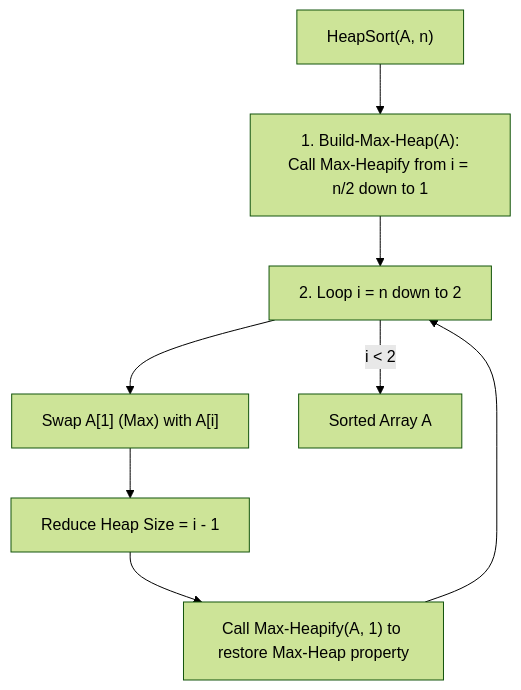
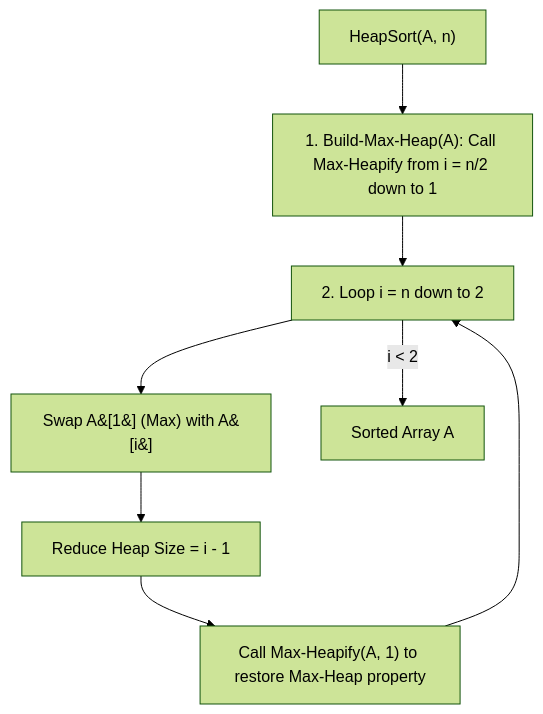
The tenth of 10 diagrams in notes/design_and_analysis_of_algorithms/Unit_02_Analysis_of_Algorithms.md (DeepLumiere/DeepSkills), drawn with Mermaid (forest theme) before and after one commit. The commit also changed other lines of this file and 56 other files, not shown here.

````diff
--- a/notes/design_and_analysis_of_algorithms/Unit_02_Analysis_of_Algorithms.md
+++ b/notes/design_and_analysis_of_algorithms/Unit_02_Analysis_of_Algorithms.md
@@ -1656,19 +1656,19 @@
 ```mermaid
 
 flowchart TD
 
-    Start["HeapSort(A, n)"] --> BuildHeap["1. Build-Max-Heap(A):<br>Call Max-Heapify from i = n/2 down to 1"]
+    Start["HeapSort(A, n)"] --> BuildHeap["1. Build-Max-Heap(A): Call Max-Heapify from i = n/2 down to 1"]
 
     BuildHeap --> Loop["2. Loop i = n down to 2"]
 
-    Loop --> Extract["Swap A[1] (Max) with A[i]"]
+    Loop --> Extract["Swap A&#91;1&#93; (Max) with A&#91;i&#93;"]
 
     Extract --> Reduce["Reduce Heap Size = i - 1"]
 
     Reduce --> Heapify["Call Max-Heapify(A, 1) to restore Max-Heap property"]
 
     Heapify --> Loop
 
     Loop -- "i < 2" --> Done["Sorted Array A"]
 
 ```
````
